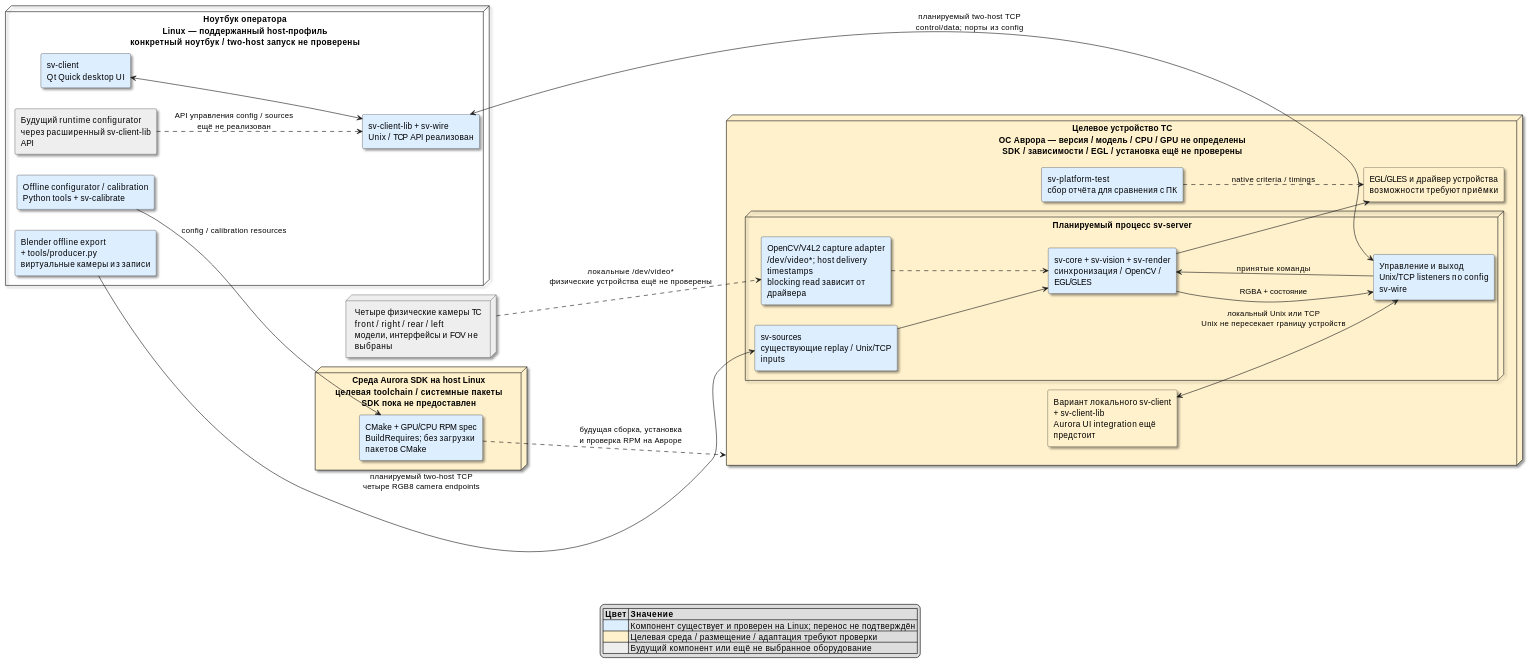
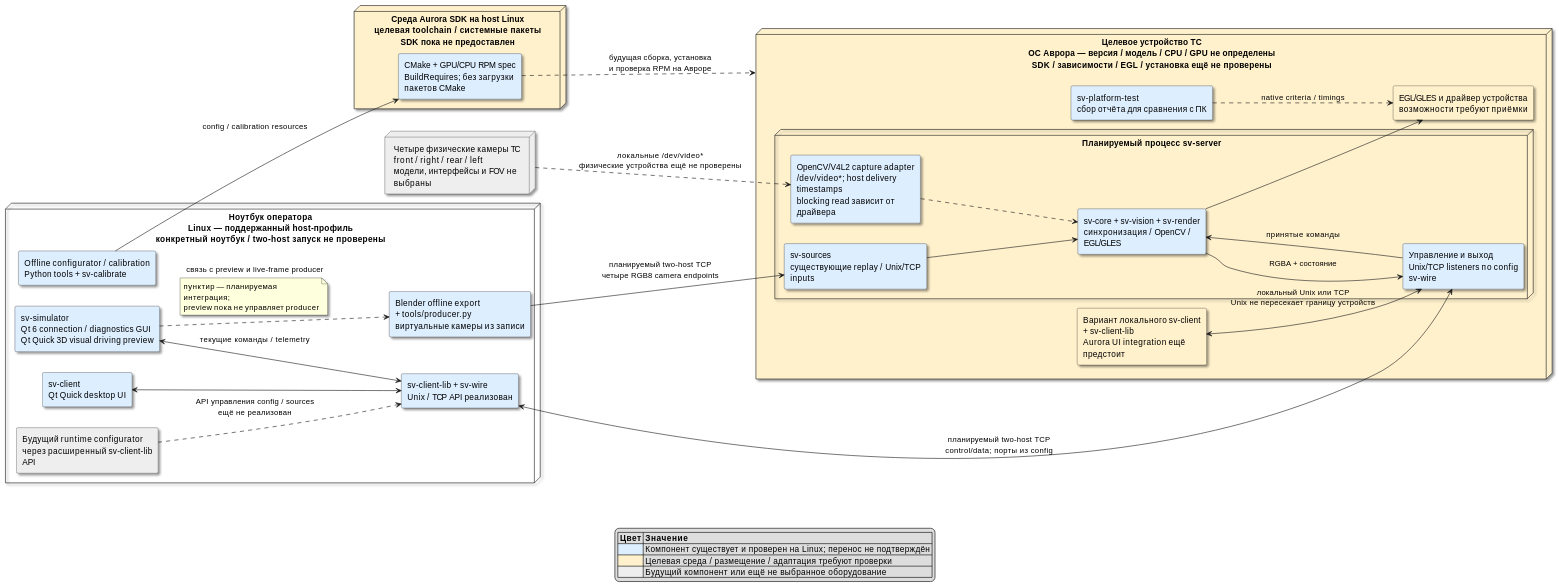
One commit to AKTOETO/Surround-view changed the second of 2 diagrams in docs/architecture/DEPLOYMENT.md. Above: the diagram before and after it, drawn with PlantUML. The commit also changed other lines of this file and 31 other files, not shown here.

````diff
--- a/docs/architecture/DEPLOYMENT.md
+++ b/docs/architecture/DEPLOYMENT.md
@@ -124,55 +127,62 @@
 ```plantuml
 @startuml
 left to right direction
 skinparam componentStyle rectangle
 skinparam shadowing true
 skinparam wrapWidth 230
 
 node "Ноутбук оператора\nLinux — поддержанный host-профиль\nконкретный ноутбук / two-host запуск не проверены" as Laptop {
   component "sv-client\nQt Quick desktop UI" as RemoteClient #DDEEFF
   component "sv-client-lib + sv-wire\nUnix / TCP API реализован" as RemoteLib #DDEEFF
+  component "sv-simulator\nQt 6 connection / diagnostics GUI\nQt Quick 3D visual driving preview" as LaptopSimulator #DDEEFF
   component "Blender offline export\n+ tools/producer.py\nвиртуальные камеры из записи" as RemoteProducer #DDEEFF
   component "Offline configurator / calibration\nPython tools + sv-calibrate" as RemoteConfig #DDEEFF
   component "Будущий runtime configurator\nчерез расширенный sv-client-lib API" as FutureConfig #EEEEEE
 }
 
 node "Целевое устройство ТС\nОС Аврора — версия / модель / CPU / GPU не определены\nSDK / зависимости / EGL / установка ещё не проверены" as Target #FFF1CC {
   node "Планируемый процесс sv-server" {
     component "sv-sources\nсуществующие replay / Unix/TCP inputs" as TargetSources #DDEEFF
     component "sv-core + sv-vision + sv-render\nсинхронизация / OpenCV / EGL/GLES" as TargetPipeline #DDEEFF
     component "Управление и выход\nUnix/TCP listeners по config\nsv-wire" as TargetTransport #DDEEFF
     component "OpenCV/V4L2 capture adapter\n/dev/video*; host delivery timestamps\nblocking read зависит от драйвера" as Hardware #DDEEFF
   }
   component "sv-platform-test\nсбор отчёта для сравнения с ПК" as TargetTest #DDEEFF
   component "Вариант локального sv-client\n+ sv-client-lib\nAurora UI integration ещё предстоит" as LocalClient #FFF1CC
   component "EGL/GLES и драйвер устройства\nвозможности требуют приёмки" as TargetGPU #FFF1CC
 }
 
 node "Четыре физические камеры ТС\nfront / right / rear / left\nмодели, интерфейсы и FOV не выбраны" as Cameras #EEEEEE
 node "Среда Aurora SDK на host Linux\nцелевая toolchain / системные пакеты\nSDK пока не предоставлен" as SDK #FFF1CC {
   component "CMake + GPU/CPU RPM spec\nBuildRequires; без загрузки пакетов CMake" as Package #DDEEFF
 }
 
 RemoteClient <--> RemoteLib
+LaptopSimulator <--> RemoteLib : текущие команды / telemetry
+LaptopSimulator ..> RemoteProducer : связь с preview и live-frame producer
+note on link
+  пунктир — планируемая интеграция;
+  preview пока не управляет producer
+end note
 RemoteLib <--> TargetTransport : планируемый two-host TCP\ncontrol/data; порты из config
 RemoteProducer --> TargetSources : планируемый two-host TCP\nчетыре RGB8 camera endpoints
 RemoteConfig --> Package : config / calibration resources
 FutureConfig ..> RemoteLib : API управления config / sources\nещё не реализован
 Cameras ..> Hardware : локальные /dev/video*\nфизические устройства ещё не проверены
 Hardware ..> TargetPipeline
 TargetSources --> TargetPipeline
 TargetPipeline --> TargetGPU
 TargetPipeline --> TargetTransport : RGBA + состояние
 TargetTransport --> TargetPipeline : принятые команды
 LocalClient <--> TargetTransport : локальный Unix или TCP\nUnix не пересекает границу устройств
 TargetTest ..> TargetGPU : native criteria / timings
 Package ..> Target : будущая сборка, установка\nи проверка RPM на Авроре
 
 legend bottom
   |= Цвет |= Значение |
   |<#DDEEFF> | Компонент существует и проверен на Linux; перенос не подтверждён |
   |<#FFF1CC> | Целевая среда / размещение / адаптация требуют проверки |
   |<#EEEEEE> | Будущий компонент или ещё не выбранное оборудование |
 endlegend
 @enduml
 ```
````
